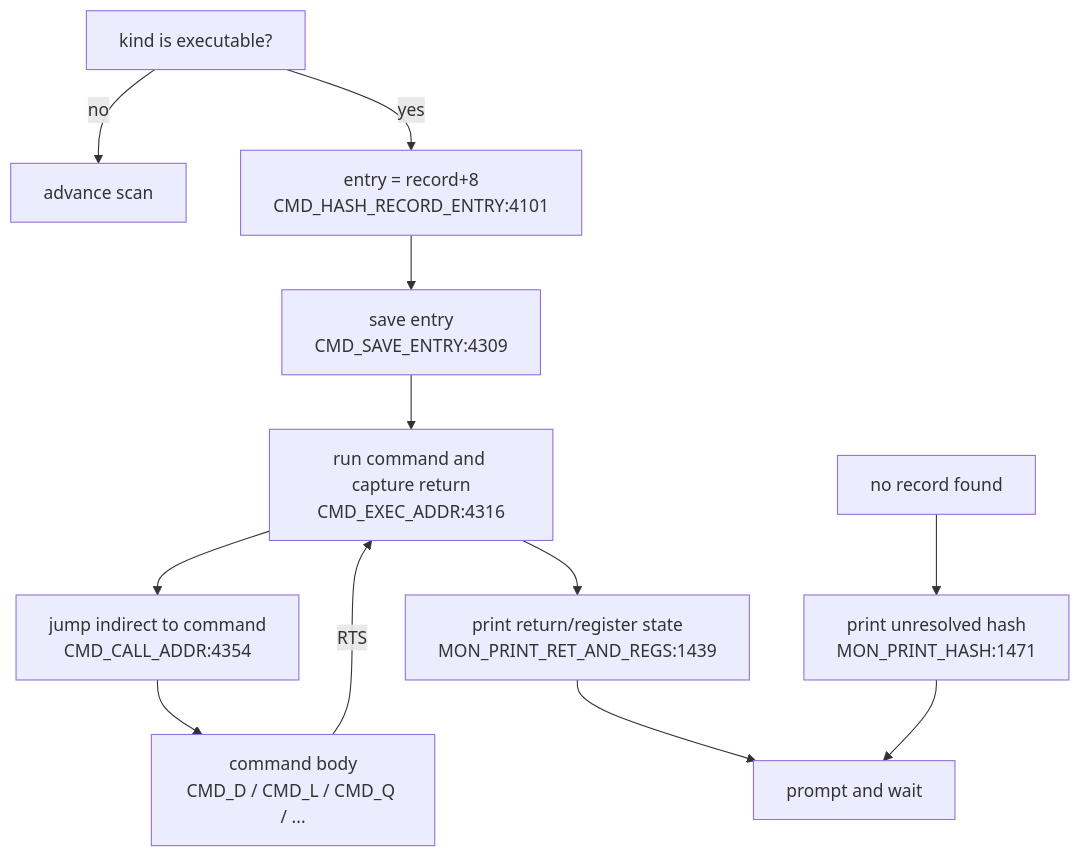
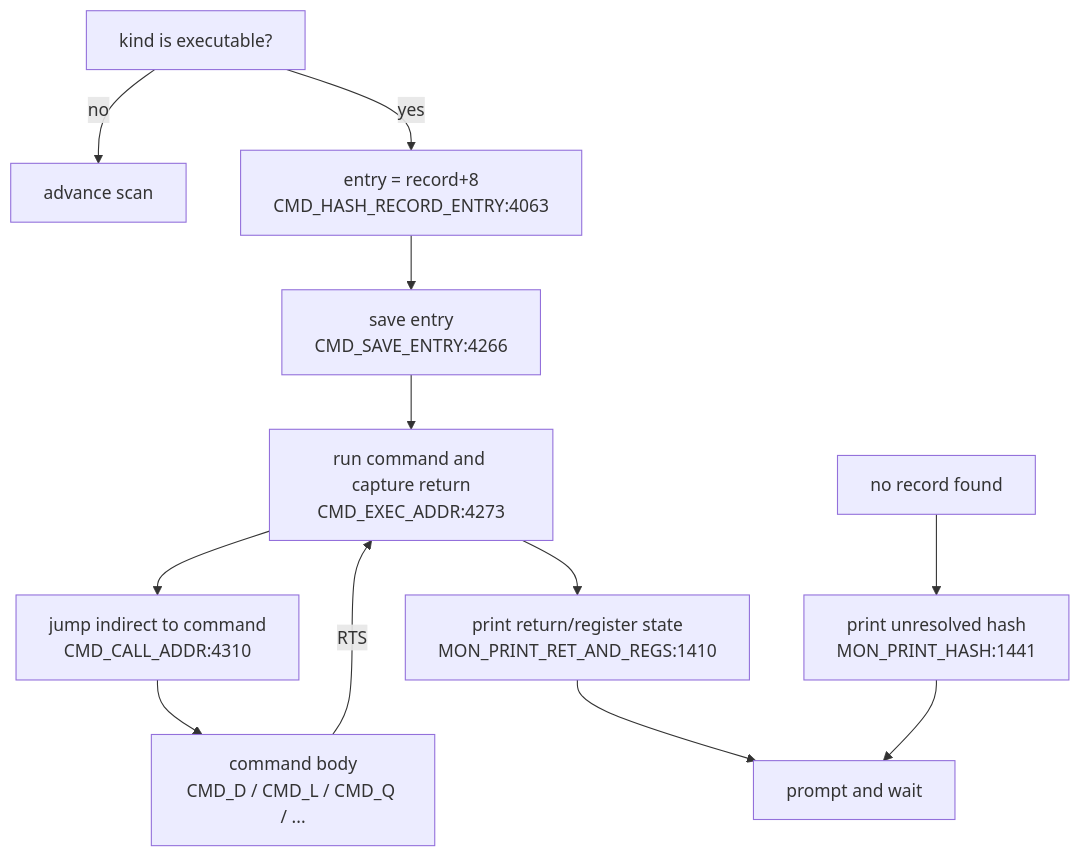
Before and after one commit to 95westus/R-YORS: the fourth of 4 diagrams in DOC/GENERATED/CMD_FLOW_MAP.md, drawn with Mermaid. The commit also changed other lines of this file and 53 other files, not shown here.

````diff
--- a/DOC/GENERATED/CMD_FLOW_MAP.md
+++ b/DOC/GENERATED/CMD_FLOW_MAP.md
@@ -58,14 +58,14 @@
 ```mermaid
 flowchart TD
     EXECOK["kind is executable?"] -->|no| ADV["advance scan"]
-    EXECOK -->|yes| ENTRY["entry = record+8<br/>CMD_HASH_RECORD_ENTRY:4101"]
-    ENTRY --> SAVEENTRY["save entry<br/>CMD_SAVE_ENTRY:4309"]
-    SAVEENTRY --> RUN["run command and capture return<br/>CMD_EXEC_ADDR:4316"]
-    RUN --> CALL["jump indirect to command<br/>CMD_CALL_ADDR:4354"]
+    EXECOK -->|yes| ENTRY["entry = record+8<br/>CMD_HASH_RECORD_ENTRY:4063"]
+    ENTRY --> SAVEENTRY["save entry<br/>CMD_SAVE_ENTRY:4266"]
+    SAVEENTRY --> RUN["run command and capture return<br/>CMD_EXEC_ADDR:4273"]
+    RUN --> CALL["jump indirect to command<br/>CMD_CALL_ADDR:4310"]
     CALL --> BODY["command body<br/>CMD_D / CMD_L / CMD_Q / ..."]
     BODY -->|RTS| RUN
-    RUN --> RETPRINT["print return/register state<br/>MON_PRINT_RET_AND_REGS:1439"]
+    RUN --> RETPRINT["print return/register state<br/>MON_PRINT_RET_AND_REGS:1410"]
     RETPRINT --> LOOP["prompt and wait"]
-    MISS["no record found"] --> PRHASH["print unresolved hash<br/>MON_PRINT_HASH:1471"]
+    MISS["no record found"] --> PRHASH["print unresolved hash<br/>MON_PRINT_HASH:1441"]
     PRHASH --> LOOP
 ```
````
